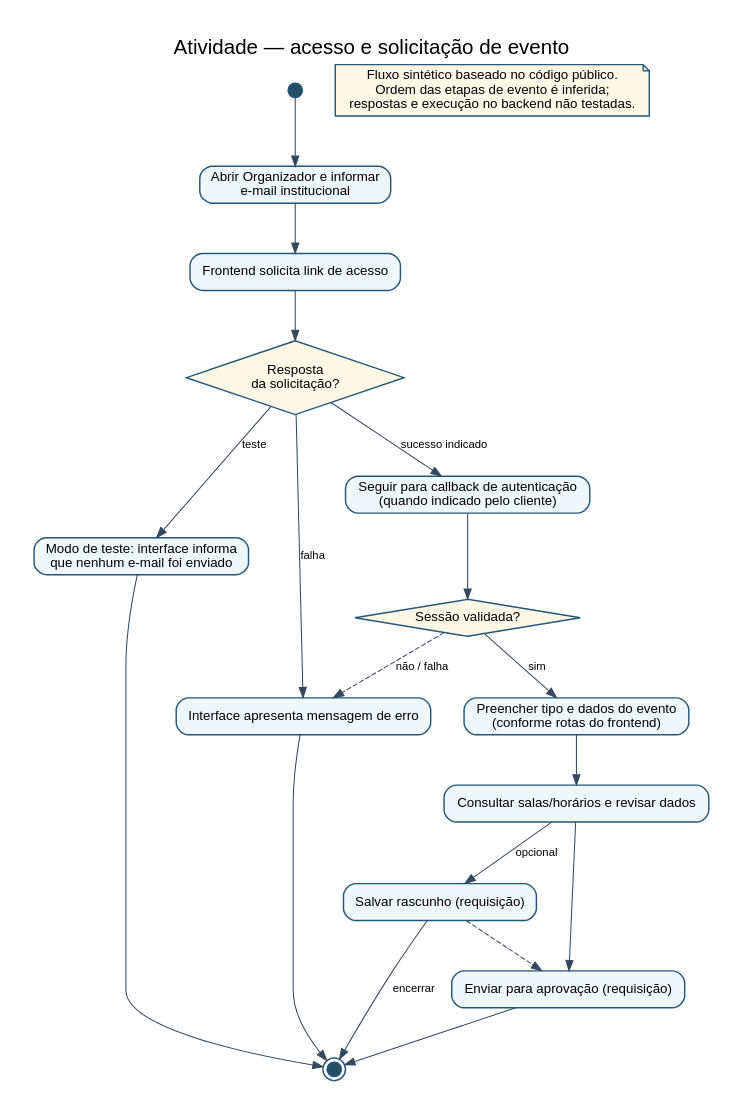
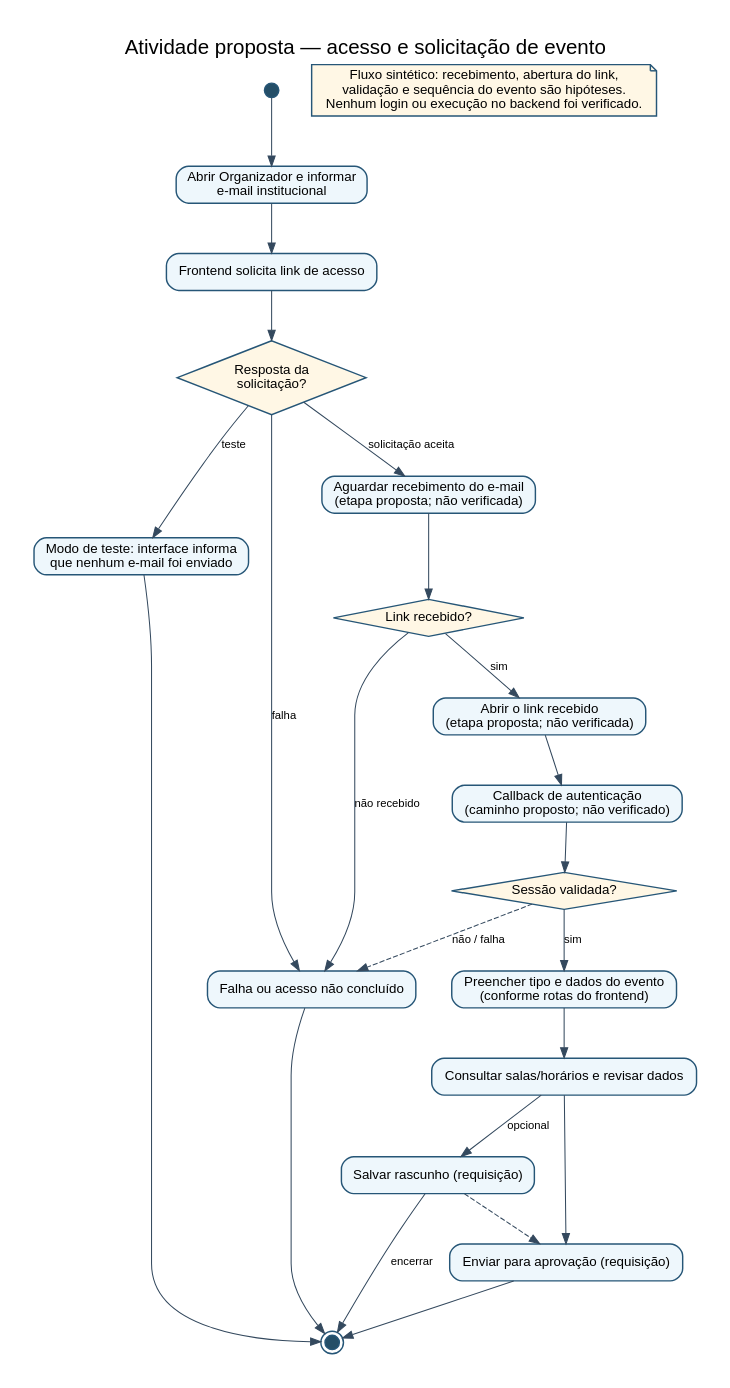
One commit to Lucasdoreac/squad6-labtech-documentacao changed the diagram in diagramas/atividade.dot. Above: the diagram before and after it, drawn with Graphviz.

Commit message:
Revisar entrega e evidências: diagramas/atividade.dot

```diff
--- a/diagramas/atividade.dot
+++ b/diagramas/atividade.dot
@@ -1,1 +1,43 @@
-digraph G { graph [fontname="Arial", bgcolor="white", pad="0.35", nodesep="0.45", ranksep="0.65", labelloc="t", fontsize="20"]; node [fontname="Arial", fontsize="13", color="#265677", penwidth="1.4"]; edge [fontname="Arial", fontsize="11", color="#34495e"]; rankdir=TB; label="Atividade — acesso e solicitação de evento"; node [shape=box,style="rounded,filled",fillcolor="#eef7fc"]; start[shape=circle,label="",width=.2,height=.2,fillcolor="#244e67"]; a[label="Abrir Organizador e informar\ne-mail institucional"]; b[label="Frontend solicita link de acesso"]; decision[shape=diamond,label="Resposta\nda solicitação?",style=filled,fillcolor="#fff7e5"]; dry[label="Modo de teste: interface informa\nque nenhum e-mail foi enviado"]; err[label="Interface apresenta mensagem de erro"]; callback[label="Seguir para callback de autenticação\n(quando indicado pelo cliente)"]; auth[shape=diamond,label="Sessão validada?",style=filled,fillcolor="#fff7e5"]; event[label="Preencher tipo e dados do evento\n(conforme rotas do frontend)"]; schedule[label="Consultar salas/horários e revisar dados"]; draft[label="Salvar rascunho (requisição)"]; send[label="Enviar para aprovação (requisição)"]; end[shape=doublecircle,label="",width=.2,height=.2,fillcolor="#244e67"]; note[shape=note,fillcolor="#fff7e5",label="Fluxo sintético baseado no código público.\nOrdem das etapas de evento é inferida;\nrespostas e execução no backend não testadas."]; start->a->b->decision; decision->dry[label="teste"]; decision->err[label="falha"]; decision->callback[label="sucesso indicado"]; callback->auth; auth->event[label="sim"]; auth->err[label="não / falha",style=dashed]; event->schedule; schedule->draft [label="opcional"]; schedule->send; draft->send [style=dashed]; draft->end [label="encerrar"]; send->end; dry->end; err->end; }
+digraph G {
+  graph [fontname="Arial", bgcolor="white", pad="0.35", nodesep="0.45", ranksep="0.65", labelloc="t", fontsize="20"];
+  node [fontname="Arial", fontsize="13", color="#265677", penwidth="1.4"];
+  edge [fontname="Arial", fontsize="11", color="#34495e"];
+  rankdir=TB;
+  label="Atividade proposta — acesso e solicitação de evento";
+  node [shape=box, style="rounded,filled", fillcolor="#eef7fc"];
+  start [shape=circle, label="", width=.2, height=.2, fillcolor="#244e67"];
+  a [label="Abrir Organizador e informar\ne-mail institucional"];
+  b [label="Frontend solicita link de acesso"];
+  decision [shape=diamond, label="Resposta da\nsolicitação?", style=filled, fillcolor="#fff7e5"];
+  dry [label="Modo de teste: interface informa\nque nenhum e-mail foi enviado"];
+  err [label="Falha ou acesso não concluído"];
+  waitmail [label="Aguardar recebimento do e-mail\n(etapa proposta; não verificada)"];
+  received [shape=diamond, label="Link recebido?", style=filled, fillcolor="#fff7e5"];
+  openlink [label="Abrir o link recebido\n(etapa proposta; não verificada)"];
+  callback [label="Callback de autenticação\n(caminho proposto; não verificado)"];
+  auth [shape=diamond, label="Sessão validada?", style=filled, fillcolor="#fff7e5"];
+  event [label="Preencher tipo e dados do evento\n(conforme rotas do frontend)"];
+  schedule [label="Consultar salas/horários e revisar dados"];
+  draft [label="Salvar rascunho (requisição)"];
+  send [label="Enviar para aprovação (requisição)"];
+  end [shape=doublecircle, label="", width=.2, height=.2, fillcolor="#244e67"];
+  note [shape=note, fillcolor="#fff7e5", label="Fluxo sintético: recebimento, abertura do link,\nvalidação e sequência do evento são hipóteses.\nNenhum login ou execução no backend foi verificado."];
+  start -> a -> b -> decision;
+  decision -> dry [label="teste"];
+  decision -> err [label="falha"];
+  decision -> waitmail [label="solicitação aceita"];
+  waitmail -> received;
+  received -> openlink [label="sim"];
+  received -> err [label="não recebido"];
+  openlink -> callback -> auth;
+  auth -> event [label="sim"];
+  auth -> err [label="não / falha", style=dashed];
+  event -> schedule;
+  schedule -> draft [label="opcional"];
+  schedule -> send;
+  draft -> send [style=dashed];
+  draft -> end [label="encerrar"];
+  send -> end;
+  dry -> end;
+  err -> end;
+}
```
